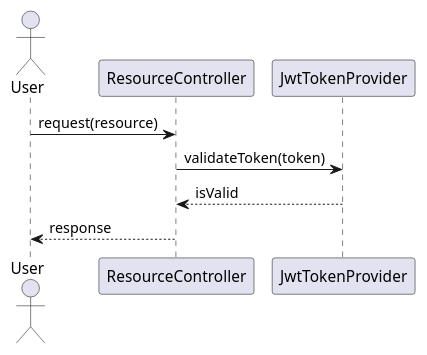
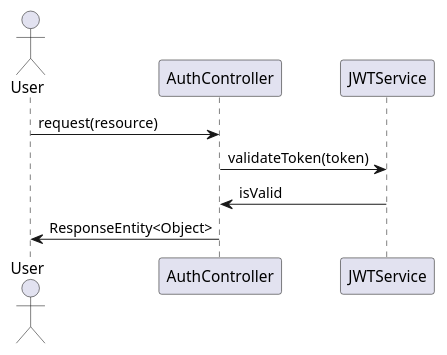
Before and after one commit to Dinesh-s95/AutoDoc.ai: the third of 4 diagrams in vehiclemanagement/documentation/detaileddesign.adoc, drawn with PlantUML. The commit also changed other lines of this file and 15 other files, not shown here.

```diff
--- a/vehiclemanagement/documentation/detaileddesign.adoc
+++ b/vehiclemanagement/documentation/detaileddesign.adoc
@@ -113,13 +111,13 @@
 [plantuml, jwt-validation-sequence, png]
-----
+....
 @startuml
 actor User
-participant ResourceController
-participant JwtTokenProvider
+participant "AuthController" as AC
+participant "JWTService" as JS
 
-User -> ResourceController : request(resource)
-ResourceController -> JwtTokenProvider : validateToken(token)
-JwtTokenProvider --> ResourceController : isValid
-ResourceController --> User : response
+User -> AC : request(resource)
+AC -> JS : validateToken(token)
+JS -> AC : isValid
+AC -> User : ResponseEntity<Object>
 @enduml
-----
+....
```
